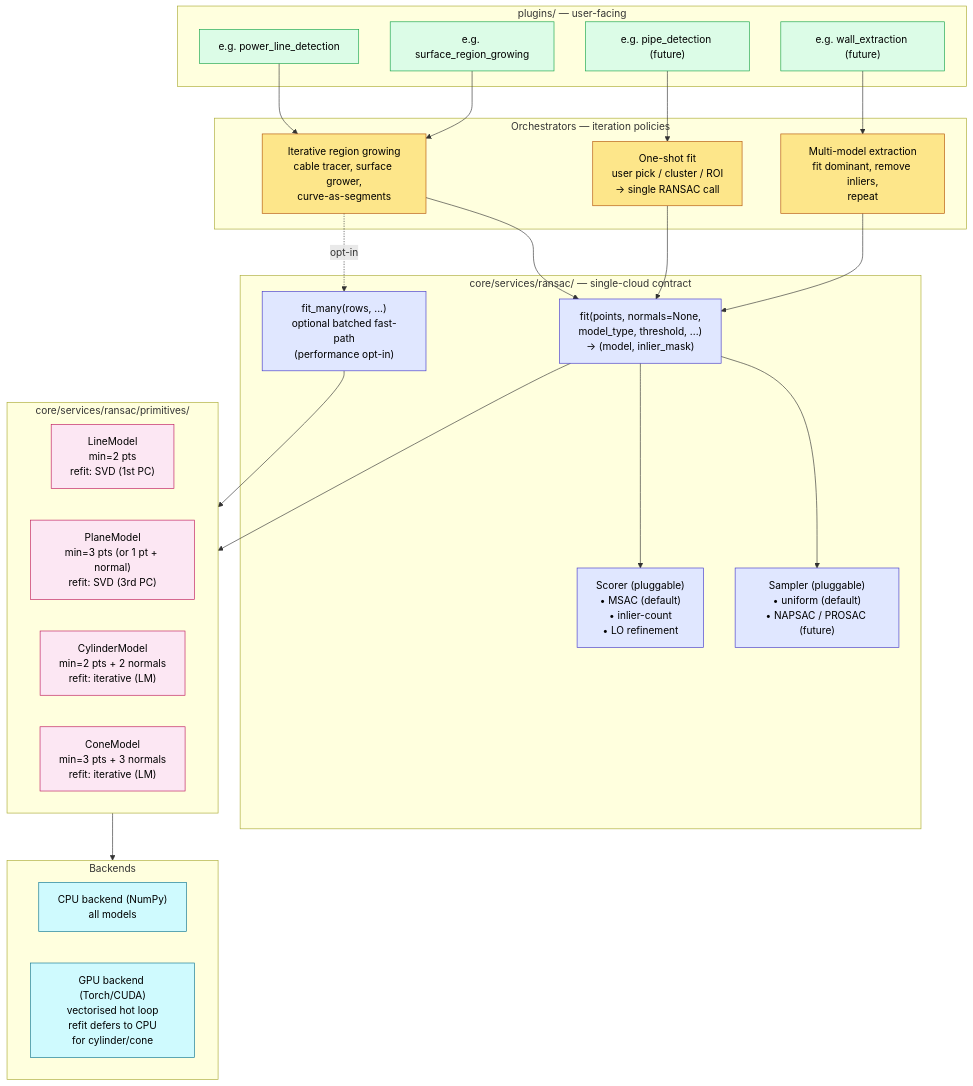
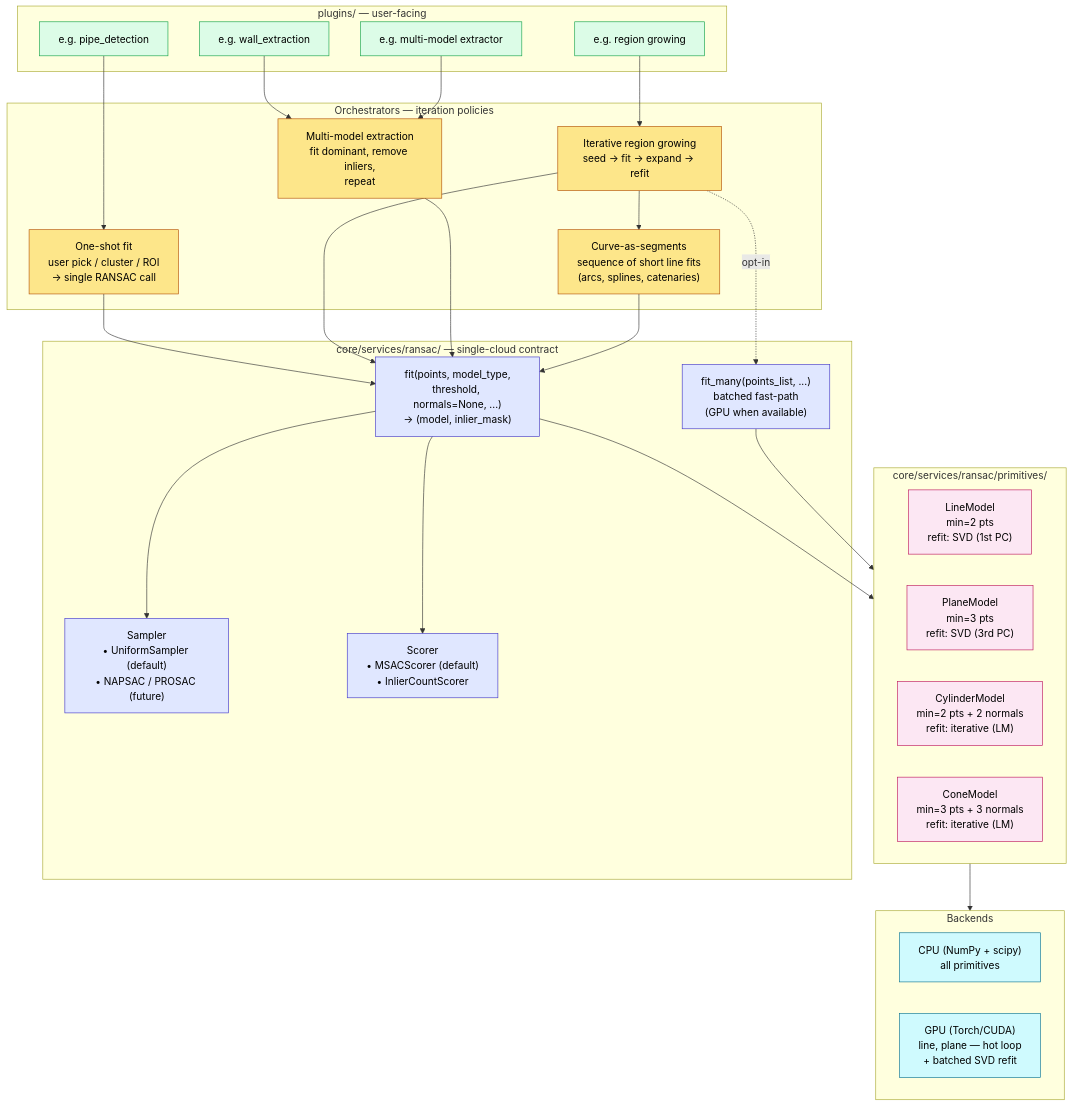
The diagram in core/services/RANSAC.md (Sepehr-Sobhani-AU/SPCToolkit), drawn with Mermaid before and after one commit. The commit also changed other lines of this file, not shown here.

First line of the commit message:
Rewrite RANSAC.md to reflect built infrastructure

````diff
--- a/core/services/RANSAC.md
+++ b/core/services/RANSAC.md
@@ -90,62 +11,65 @@
 ```mermaid
 graph TB
     subgraph Plugins["plugins/ — user-facing"]
-        P1["e.g. power_line_detection"]
-        P2["e.g. surface_region_growing"]
-        P3["e.g. pipe_detection (future)"]
-        P4["e.g. wall_extraction (future)"]
+        P1["e.g. pipe_detection"]
+        P2["e.g. wall_extraction"]
+        P3["e.g. region growing"]
+        P4["e.g. multi-model extractor"]
     end
 
     subgraph Orch["Orchestrators — iteration policies"]
         ONESHOT["One-shot fit<br/>user pick / cluster / ROI<br/>→ single RANSAC call"]
-        GROW["Iterative region growing<br/>cable tracer, surface grower,<br/>curve-as-segments"]
+        GROW["Iterative region growing<br/>seed → fit → expand → refit"]
         MULTI["Multi-model extraction<br/>fit dominant, remove inliers,<br/>repeat"]
+        CURVE["Curve-as-segments<br/>sequence of short line fits<br/>(arcs, splines, catenaries)"]
     end
 
     subgraph Engine["core/services/ransac/ — single-cloud contract"]
-        FIT["fit(points, normals=None,<br/>model_type, threshold, ...)<br/>→ (model, inlier_mask)"]
-        FITMANY["fit_many(rows, ...)<br/>optional batched fast-path<br/>(performance opt-in)"]
-        SAMPLER["Sampler (pluggable)<br/>• uniform (default)<br/>• NAPSAC / PROSAC (future)"]
-        SCORER["Scorer (pluggable)<br/>• MSAC (default)<br/>• inlier-count<br/>• LO refinement"]
+        FIT["fit(points, model_type,<br/>threshold, normals=None, ...)<br/>→ (model, inlier_mask)"]
+        FITMANY["fit_many(points_list, ...)<br/>batched fast-path<br/>(GPU when available)"]
+        SAMPLER["Sampler<br/>• UniformSampler (default)<br/>• NAPSAC / PROSAC (future)"]
+        SCORER["Scorer<br/>• MSACScorer (default)<br/>• InlierCountScorer"]
     end
 
-    subgraph Models["core/services/ransac/primitives/"]
+    subgraph Primitives["core/services/ransac/primitives/"]
         LINE["LineModel<br/>min=2 pts<br/>refit: SVD (1st PC)"]
-        PLANE["PlaneModel<br/>min=3 pts (or 1 pt + normal)<br/>refit: SVD (3rd PC)"]
+        PLANE["PlaneModel<br/>min=3 pts<br/>refit: SVD (3rd PC)"]
         CYL["CylinderModel<br/>min=2 pts + 2 normals<br/>refit: iterative (LM)"]
         CONE["ConeModel<br/>min=3 pts + 3 normals<br/>refit: iterative (LM)"]
     end
 
     subgraph Backends["Backends"]
-        CPU["CPU backend (NumPy)<br/>all models"]
-        GPU["GPU backend (Torch/CUDA)<br/>vectorised hot loop<br/>refit defers to CPU<br/>for cylinder/cone"]
+        CPU["CPU (NumPy + scipy)<br/>all primitives"]
+        GPU["GPU (Torch/CUDA)<br/>line, plane — hot loop<br/>+ batched SVD refit"]
     end
 
-    P1 --> GROW
-    P2 --> GROW
-    P3 --> ONESHOT
+    P1 --> ONESHOT
+    P2 --> MULTI
+    P3 --> GROW
     P4 --> MULTI
+    GROW --> CURVE
 
     ONESHOT --> FIT
     GROW --> FIT
     MULTI --> FIT
+    CURVE --> FIT
     GROW -.opt-in.-> FITMANY
 
     FIT --> SAMPLER
     FIT --> SCORER
-    FIT --> Models
-    FITMANY --> Models
-    Models --> Backends
+    FIT --> Primitives
+    FITMANY --> Primitives
+    Primitives --> Backends
 
     classDef plugin fill:#dcfce7,stroke:#16a34a,color:#000
     classDef orch fill:#fde68a,stroke:#b45309,color:#000
     classDef engine fill:#e0e7ff,stroke:#4338ca,color:#000
     classDef model fill:#fce7f3,stroke:#be185d,color:#000
     classDef backend fill:#cffafe,stroke:#0e7490,color:#000
 
     class P1,P2,P3,P4 plugin
-    class ONESHOT,GROW,MULTI orch
+    class ONESHOT,GROW,MULTI,CURVE orch
     class FIT,FITMANY,SAMPLER,SCORER engine
     class LINE,PLANE,CYL,CONE model
     class CPU,GPU backend
 ```
````
